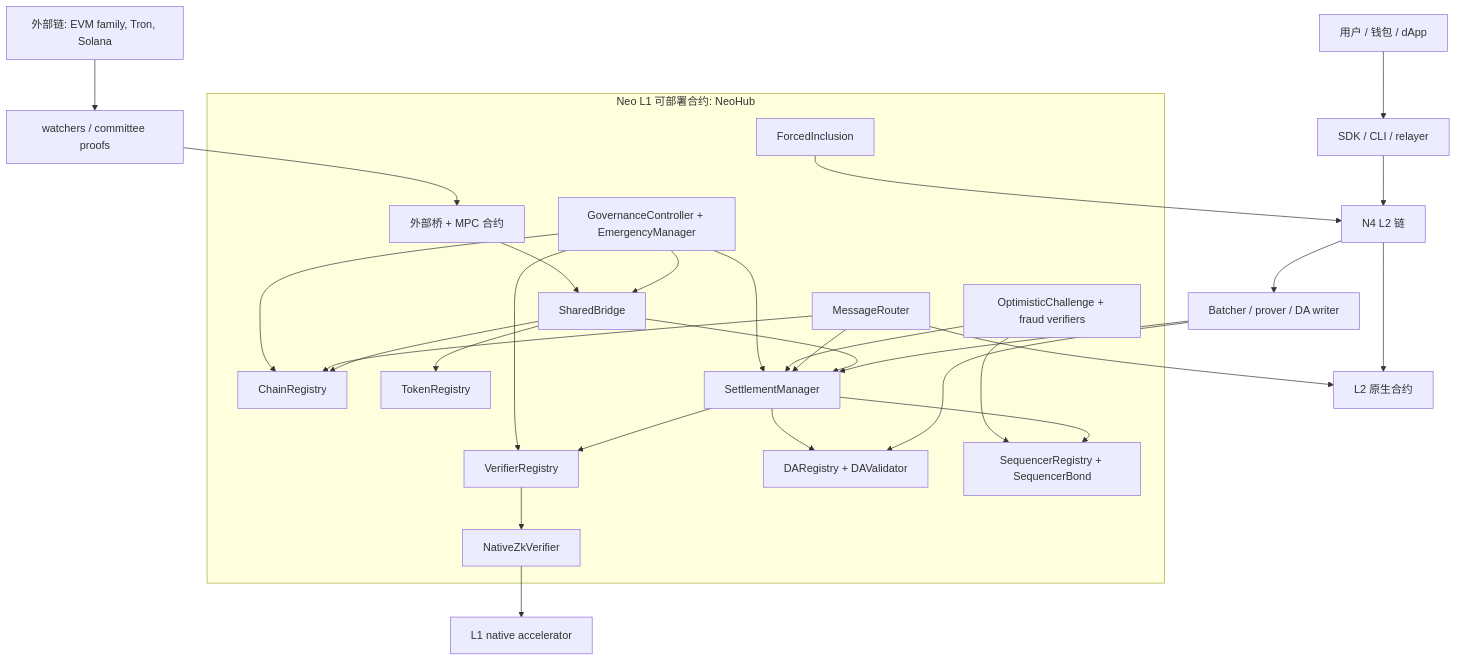
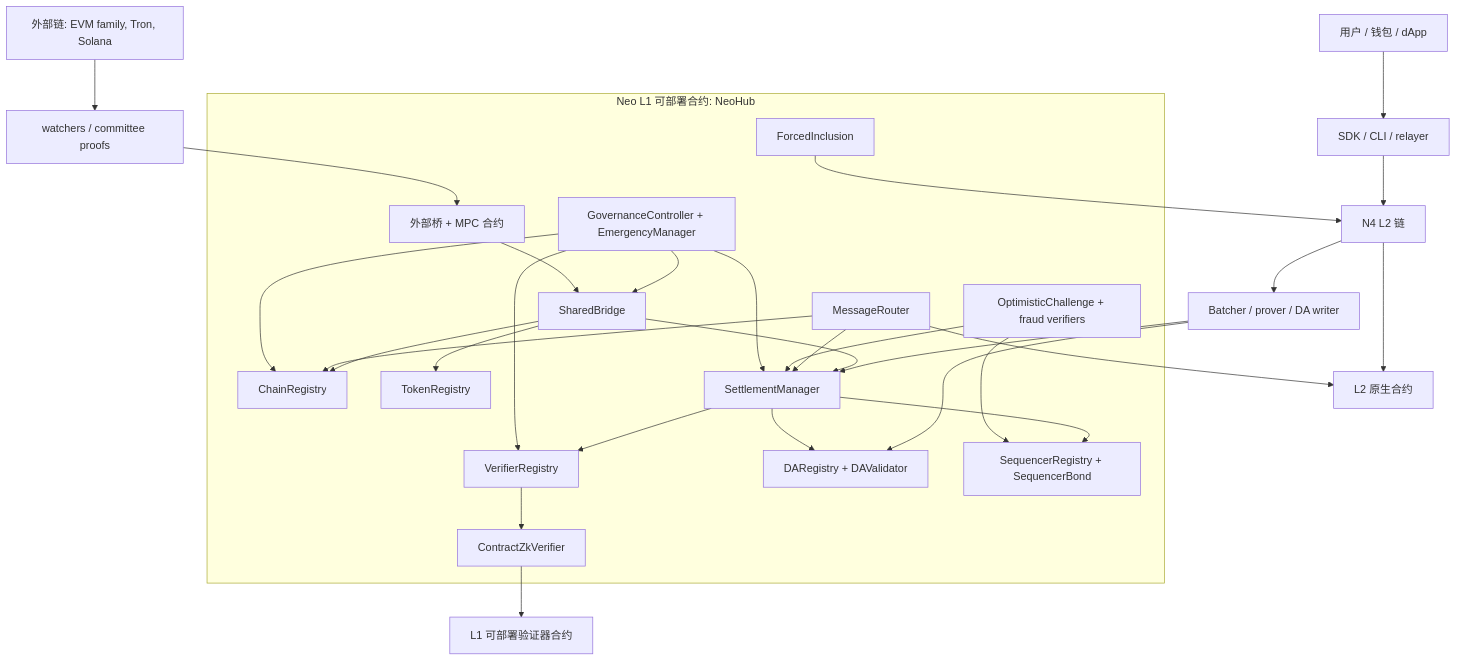
Before and after one commit to r3e-network/neo-n4: the first of 10 diagrams in docs/zh/neohub-architecture-and-workflows.md, drawn with Mermaid. The commit also changed other lines of this file and 97 other files, not shown here.

````diff
--- a/docs/zh/neohub-architecture-and-workflows.md
+++ b/docs/zh/neohub-architecture-and-workflows.md
@@ -33,48 +33,48 @@
 ```mermaid
 flowchart TB
     user["用户 / 钱包 / dApp"] --> sdk["SDK / CLI / relayer"]
     sdk --> l2["N4 L2 链"]
     l2 --> batcher["Batcher / prover / DA writer"]
     l2 --> l2native["L2 原生合约"]
 
     subgraph l1["Neo L1 可部署合约: NeoHub"]
         chain["ChainRegistry"]
         token["TokenRegistry"]
         bridge["SharedBridge"]
         settle["SettlementManager"]
         verifier["VerifierRegistry"]
-        nativezk["NativeZkVerifier"]
+        nativezk["ContractZkVerifier"]
         msg["MessageRouter"]
         da["DARegistry + DAValidator"]
         seq["SequencerRegistry + SequencerBond"]
         force["ForcedInclusion"]
         challenge["OptimisticChallenge + fraud verifiers"]
         gov["GovernanceController + EmergencyManager"]
         ext["外部桥 + MPC 合约"]
     end
 
     batcher --> da
     batcher --> settle
     settle --> verifier
     verifier --> nativezk
-    nativezk --> nativeacc["L1 native accelerator"]
+    nativezk --> nativeacc["L1 可部署验证器合约"]
     settle --> da
     settle --> seq
     bridge --> token
     bridge --> chain
     bridge --> settle
     msg --> chain
     msg --> settle
     msg --> l2native
     force --> l2
     challenge --> settle
     challenge --> seq
     gov --> chain
     gov --> verifier
     gov --> bridge
     gov --> settle
     ext --> bridge
 
     foreign["外部链: EVM family, Tron, Solana"] --> watcher["watchers / committee proofs"]
     watcher --> ext
 ```
````
